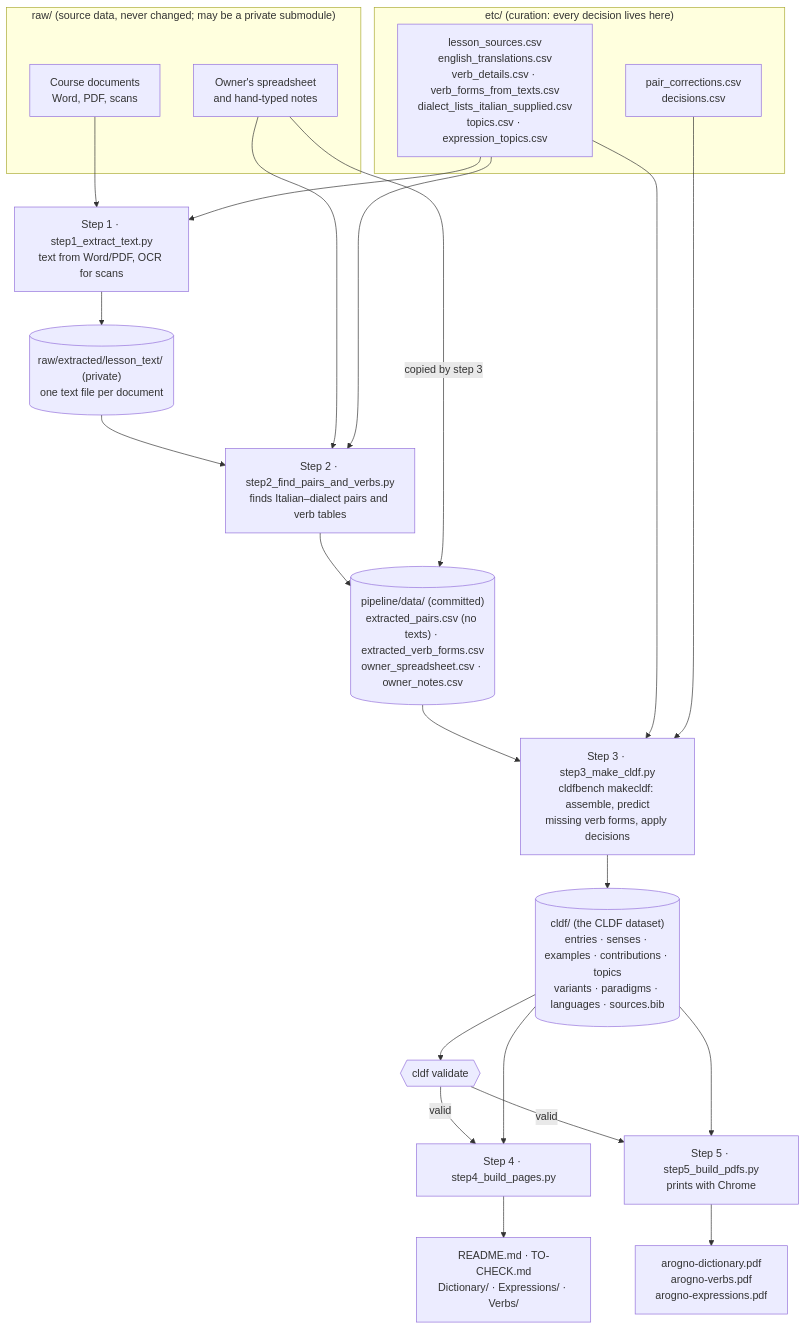
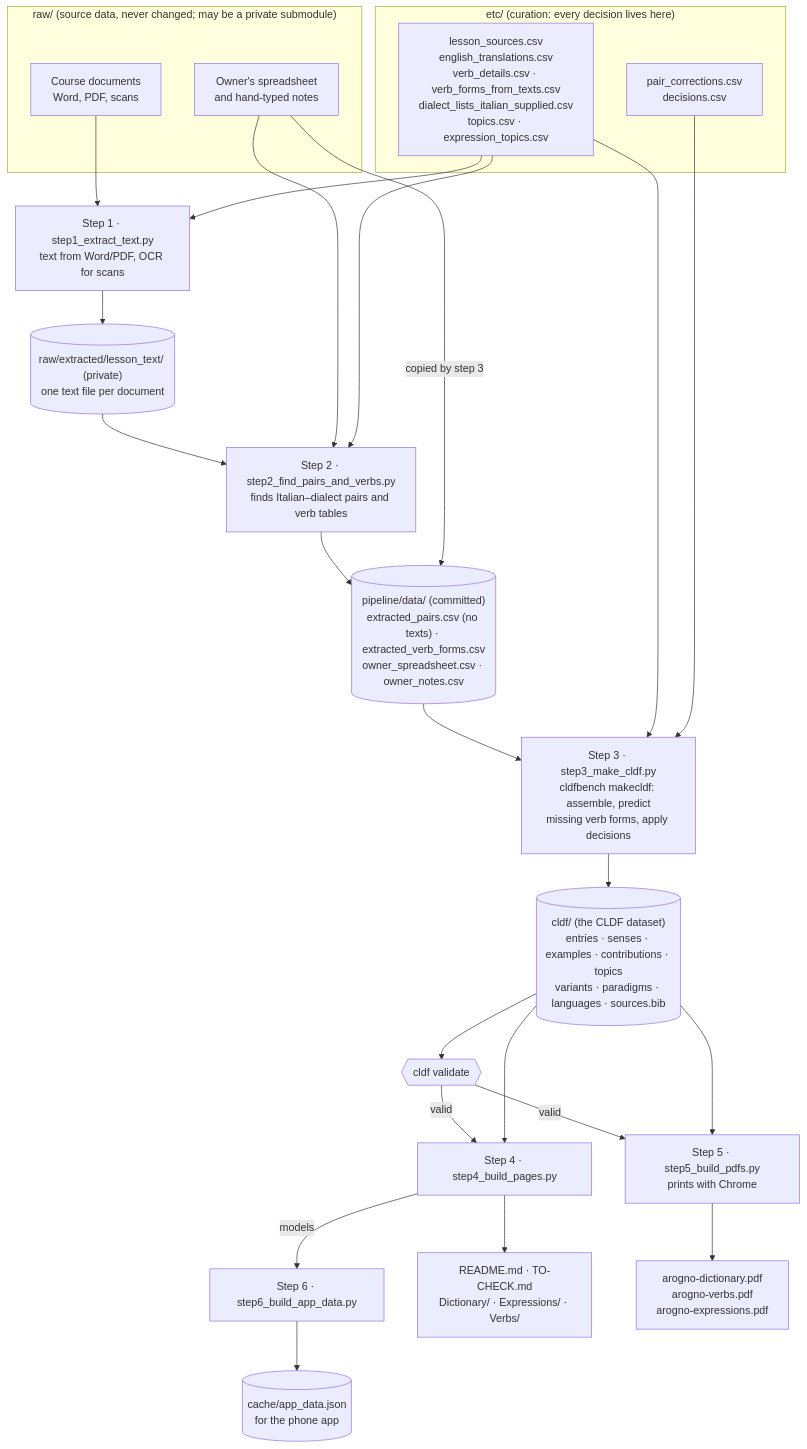
The diagram in pipeline/README.md (michaelmaguire/languages-dialett), drawn with Mermaid before and after one commit. The commit also changed other lines of this file and 5 other files, not shown here.

````diff
--- a/pipeline/README.md
+++ b/pipeline/README.md
@@ -14,37 +14,40 @@
 ```mermaid
 flowchart TD
     subgraph raw["raw/ (source data, never changed; may be a private submodule)"]
         docs["Course documents<br/>Word, PDF, scans"]
         own["Owner's spreadsheet<br/>and hand-typed notes"]
     end
 
     subgraph etc["etc/ (curation: every decision lives here)"]
         cfg["lesson_sources.csv<br/>english_translations.csv<br/>verb_details.csv · verb_forms_from_texts.csv<br/>dialect_lists_italian_supplied.csv<br/>topics.csv · expression_topics.csv"]
         dec["pair_corrections.csv<br/>decisions.csv"]
     end
 
     s1["Step 1 · step1_extract_text.py<br/>text from Word/PDF, OCR for scans"]
     cache[("raw/extracted/lesson_text/ (private)<br/>one text file per document")]
     s2["Step 2 · step2_find_pairs_and_verbs.py<br/>finds Italian–dialect pairs and verb tables"]
     extracted[("pipeline/data/ (committed)<br/>extracted_pairs.csv (no texts) · extracted_verb_forms.csv<br/>owner_spreadsheet.csv · owner_notes.csv")]
     s3["Step 3 · step3_make_cldf.py<br/>cldfbench makecldf: assemble, predict<br/>missing verb forms, apply decisions"]
     cldf[("cldf/ (the CLDF dataset)<br/>entries · senses · examples · contributions · topics<br/>variants · paradigms · languages · sources.bib")]
     check{{"cldf validate"}}
     s4["Step 4 · step4_build_pages.py"]
     s5["Step 5 · step5_build_pdfs.py<br/>prints with Chrome"]
+    s6["Step 6 · step6_build_app_data.py"]
+    app[("cache/app_data.json<br/>for the phone app")]
     pages["README.md · TO-CHECK.md<br/>Dictionary/ · Expressions/ · Verbs/"]
     pdfs["arogno-dictionary.pdf<br/>arogno-verbs.pdf<br/>arogno-expressions.pdf"]
 
     docs --> s1 --> cache --> s2 --> extracted --> s3
     own --> s2
     own -- "copied by step 3" --> extracted
     cfg --> s1
     cfg --> s2
     cfg --> s3
     dec --> s3
     s3 --> cldf --> check
     check -- valid --> s4 --> pages
     check -- valid --> s5 --> pdfs
+    s4 -- "models" --> s6 --> app
     cldf --> s4
     cldf --> s5
 ```
````
